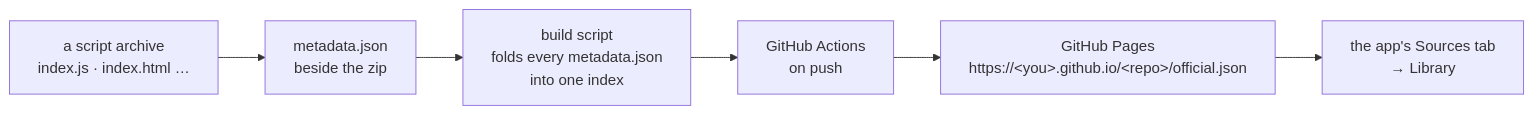
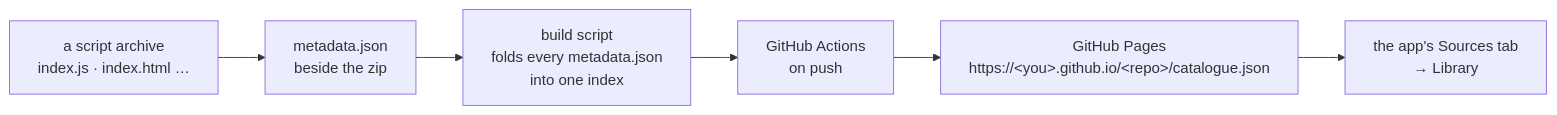
Before and after one commit to TsumTsumScripts/website: the diagram in docs/publishing/your-own-library-source.md, drawn with Mermaid. The commit also changed other lines of this file and 30 other files, not shown here.

````diff
--- a/docs/publishing/your-own-library-source.md
+++ b/docs/publishing/your-own-library-source.md
@@ -14,10 +13,10 @@
 ```mermaid
 flowchart LR
   zip["a script archive<br/>index.js · index.html …"]
   meta["metadata.json<br/>beside the zip"]
   script["build script<br/>folds every metadata.json<br/>into one index"]
   action["GitHub Actions<br/>on push"]
-  pages["GitHub Pages<br/>https://&lt;you&gt;.github.io/&lt;repo&gt;/official.json"]
+  pages["GitHub Pages<br/>https://&lt;you&gt;.github.io/&lt;repo&gt;/catalogue.json"]
   app["the app's Sources tab<br/>→ Library"]
   zip --> meta --> script --> action --> pages --> app
 ```
````
